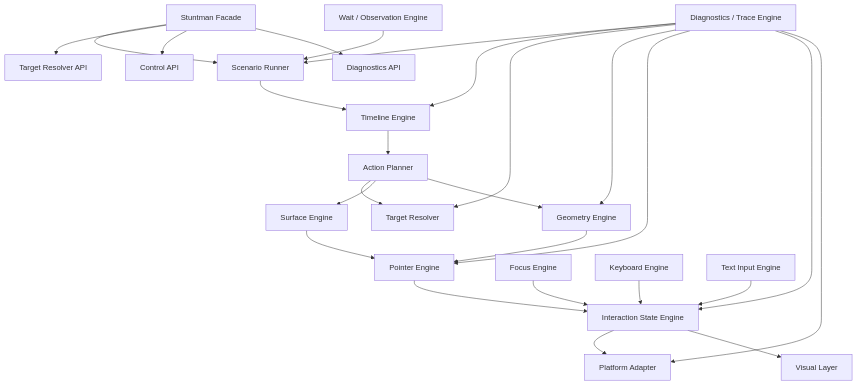
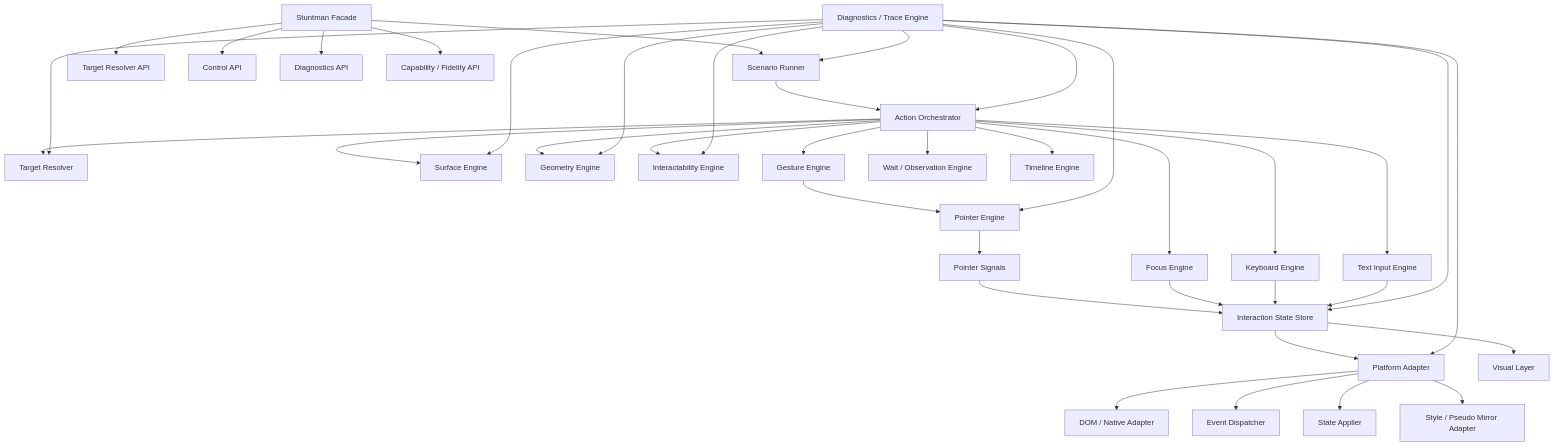
Before and after one commit to syi0808/actorble: the first of 4 diagrams in docs/high-level-architecture.md, drawn with Mermaid. The commit also changed other lines of this file and 1 other file, not shown here.

Commit message:
update architecture draft docs

````diff
--- a/docs/high-level-architecture.md
+++ b/docs/high-level-architecture.md
@@ -3,34 +5,47 @@
 ```mermaid
 flowchart TD
     A[Stuntman Facade] --> B[Scenario Runner]
     A --> C[Target Resolver API]
     A --> D[Control API]
     A --> E[Diagnostics API]
+    A --> F[Capability / Fidelity API]
 
-    B --> F[Timeline Engine]
-    F --> G[Action Planner]
+    B --> G[Action Orchestrator]
 
     G --> H[Target Resolver]
     G --> I[Surface Engine]
     G --> J[Geometry Engine]
+    G --> K[Interactability Engine]
+    G --> L[Gesture Engine]
+    G --> M[Focus Engine]
+    G --> N[Keyboard Engine]
+    G --> O[Text Input Engine]
+    G --> P[Wait / Observation Engine]
+    G --> Q[Timeline Engine]
 
-    J --> K[Pointer Engine]
-    I --> K
+    L --> R[Pointer Engine]
+    R --> S[Pointer Signals]
 
-    K --> L[Interaction State Engine]
-    M[Focus Engine] --> L
-    N[Keyboard Engine] --> L
-    O[Text Input Engine] --> L
+    S --> T[Interaction State Store]
+    M --> T
+    N --> T
+    O --> T
 
-    L --> P[Platform Adapter]
-    L --> Q[Visual Layer]
+    T --> U[Platform Adapter]
+    T --> V[Visual Layer]
 
-    R[Wait / Observation Engine] --> B
-    S[Diagnostics / Trace Engine] --> B
-    S --> F
-    S --> H
-    S --> J
-    S --> K
-    S --> L
-    S --> P
+    U --> U1[DOM / Native Adapter]
+    U --> U2[Event Dispatcher]
+    U --> U3[State Applier]
+    U --> U4[Style / Pseudo Mirror Adapter]
+
+    W[Diagnostics / Trace Engine] --> B
+    W --> G
+    W --> H
+    W --> I
+    W --> J
+    W --> K
+    W --> R
+    W --> T
+    W --> U
 ```
````
